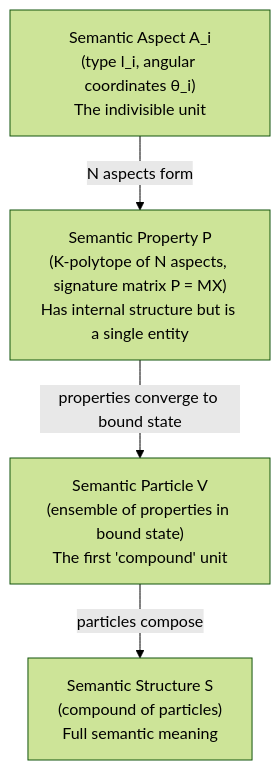
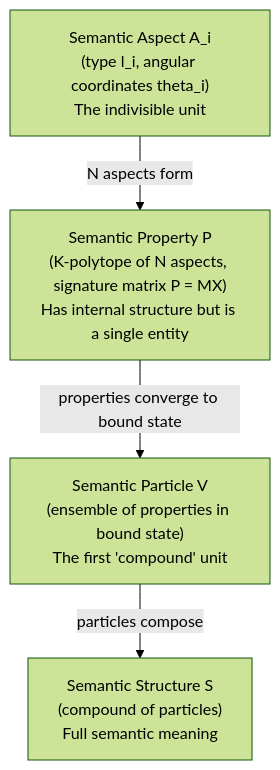
One commit to dimitarpg13/semsimula-paper changed the first of 2 diagrams in companion_notes/On_the_Interpretation_of_Hidden_State.md. Above: the diagram before and after it, drawn with Mermaid (forest theme). The commit also changed 36 other files, not shown here.

First line of the commit message:
Sync companion notes: Claim A status update, Mermaid/LaTeX fixes, new files

````diff
--- a/companion_notes/On_the_Interpretation_of_Hidden_State.md
+++ b/companion_notes/On_the_Interpretation_of_Hidden_State.md
@@ -25,11 +25,11 @@
 ```mermaid
 graph TB
-    A["Semantic Aspect A_i<br>(type l_i, angular coordinates θ_i)<br>The indivisible unit"]
+    A["Semantic Aspect A_i<br>(type l_i, angular coordinates theta_i)<br>The indivisible unit"]
     P["Semantic Property P<br>(K-polytope of N aspects, signature matrix P = MX)<br>Has internal structure but is a single entity"]
     V["Semantic Particle V<br>(ensemble of properties in bound state)<br>The first 'compound' unit"]
     S["Semantic Structure S<br>(compound of particles)<br>Full semantic meaning"]
     
     A -->|"N aspects form"| P
     P -->|"properties converge to bound state"| V
     V -->|"particles compose"| S
 ```
````
